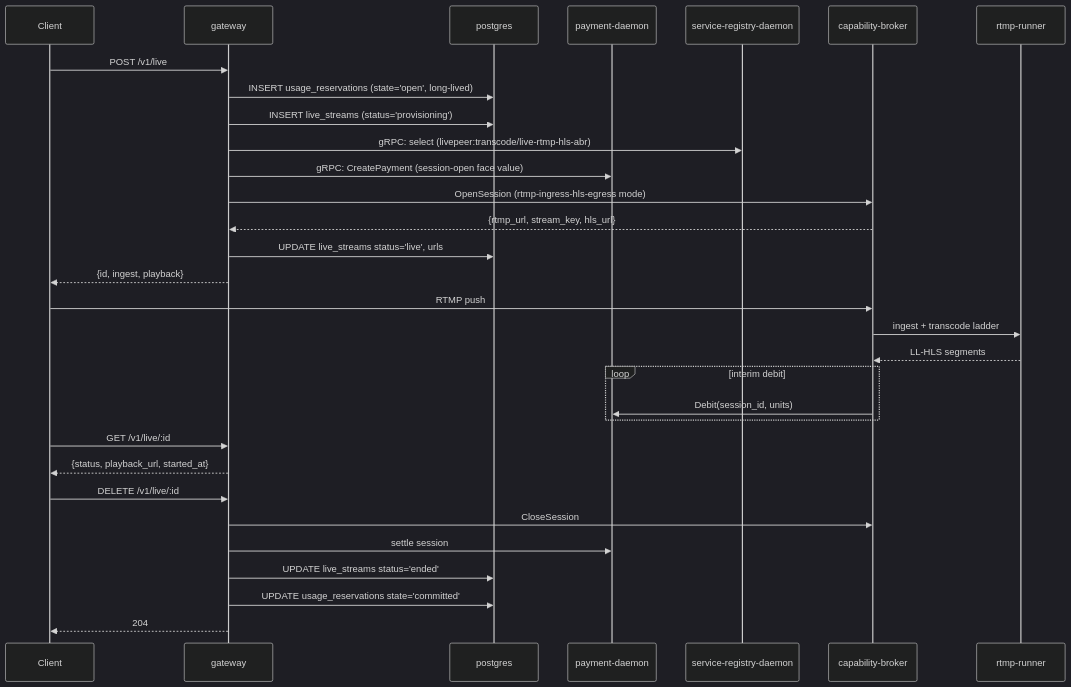
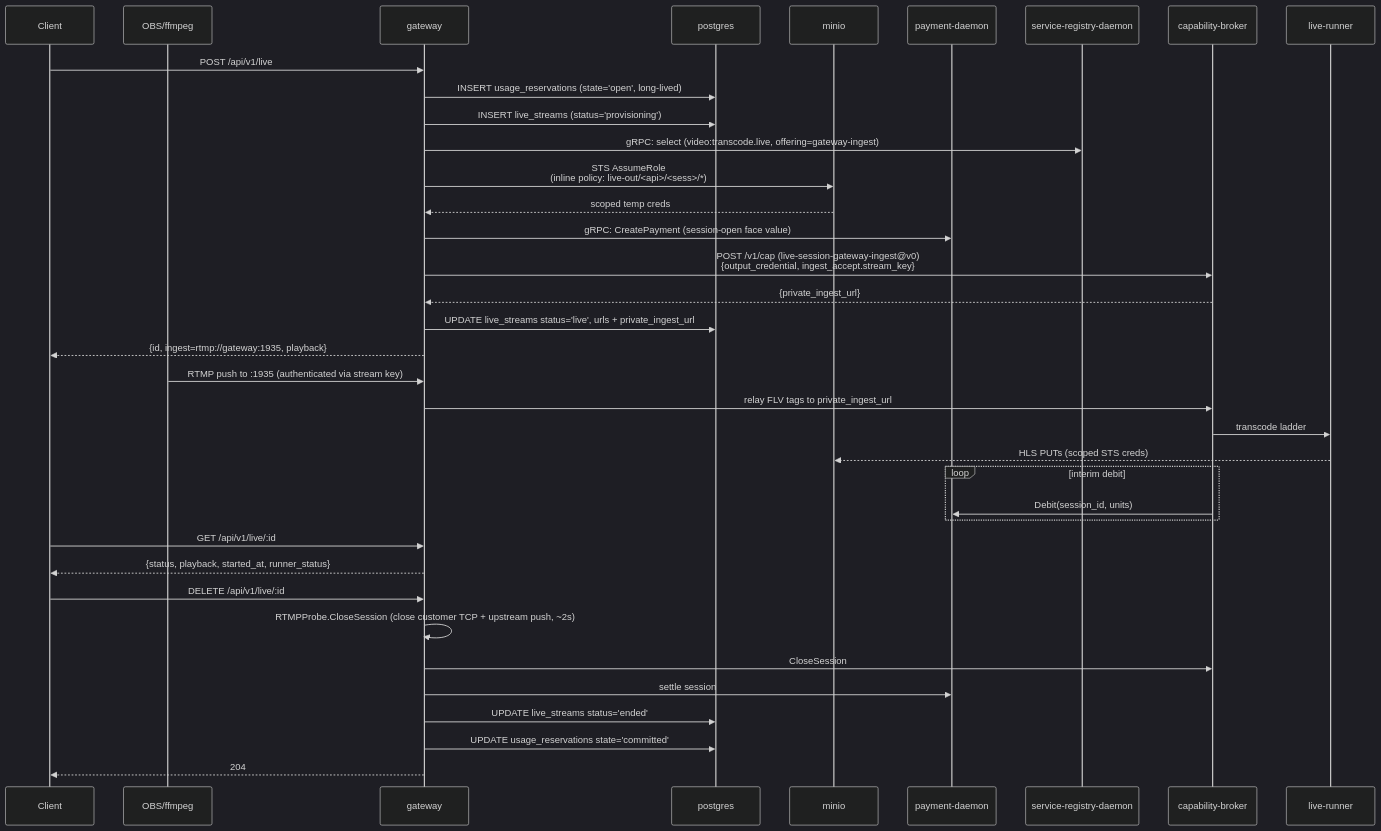
The fourth of 5 diagrams in ARCHITECTURE.md (Cloud-SPE/livepeer-modules-transcode-gateway), drawn with Mermaid (dark theme) before and after one commit. The commit also changed other lines of this file and 29 other files, not shown here.

Commit message:
docs: sweep architecture and product updates

````diff
--- a/ARCHITECTURE.md
+++ b/ARCHITECTURE.md
@@ -279,37 +288,43 @@
 ```mermaid
 sequenceDiagram
   participant C as Client
+  participant OBS as OBS/ffmpeg
   participant GW as gateway
   participant DB as postgres
+  participant MIN as minio
   participant PAY as payment-daemon
   participant REG as service-registry-daemon
   participant BRK as capability-broker
-  participant RUN as rtmp-runner
+  participant RUN as live-runner
 
-  C->>GW: POST /v1/live
+  C->>GW: POST /api/v1/live
   GW->>DB: INSERT usage_reservations (state='open', long-lived)
   GW->>DB: INSERT live_streams (status='provisioning')
-  GW->>REG: gRPC: select (livepeer:transcode/live-rtmp-hls-abr)
+  GW->>REG: gRPC: select (video:transcode.live, offering=gateway-ingest)
+  GW->>MIN: STS AssumeRole<br/>(inline policy: live-out/<api>/<sess>/*)
+  MIN-->>GW: scoped temp creds
   GW->>PAY: gRPC: CreatePayment (session-open face value)
-  GW->>BRK: OpenSession (rtmp-ingress-hls-egress mode)
-  BRK-->>GW: {rtmp_url, stream_key, hls_url}
-  GW->>DB: UPDATE live_streams status='live', urls
-  GW-->>C: {id, ingest, playback}
+  GW->>BRK: POST /v1/cap (live-session-gateway-ingest@v0)<br/>{output_credential, ingest_accept.stream_key}
+  BRK-->>GW: {private_ingest_url}
+  GW->>DB: UPDATE live_streams status='live', urls + private_ingest_url
+  GW-->>C: {id, ingest=rtmp://gateway:1935, playback}
 
-  C->>BRK: RTMP push
-  BRK->>RUN: ingest + transcode ladder
-  RUN-->>BRK: LL-HLS segments
+  OBS->>GW: RTMP push to :1935 (authenticated via stream key)
+  GW->>BRK: relay FLV tags to private_ingest_url
+  BRK->>RUN: transcode ladder
+  RUN-->>MIN: HLS PUTs (scoped STS creds)
   loop interim debit
     BRK->>PAY: Debit(session_id, units)
   end
 
-  C->>GW: GET /v1/live/:id
-  GW-->>C: {status, playback_url, started_at}
+  C->>GW: GET /api/v1/live/:id
+  GW-->>C: {status, playback, started_at, runner_status}
 
-  C->>GW: DELETE /v1/live/:id
+  C->>GW: DELETE /api/v1/live/:id
+  GW->>GW: RTMPProbe.CloseSession (close customer TCP + upstream push, ~2s)
   GW->>BRK: CloseSession
   GW->>PAY: settle session
   GW->>DB: UPDATE live_streams status='ended'
   GW->>DB: UPDATE usage_reservations state='committed'
   GW-->>C: 204
 ```
````
